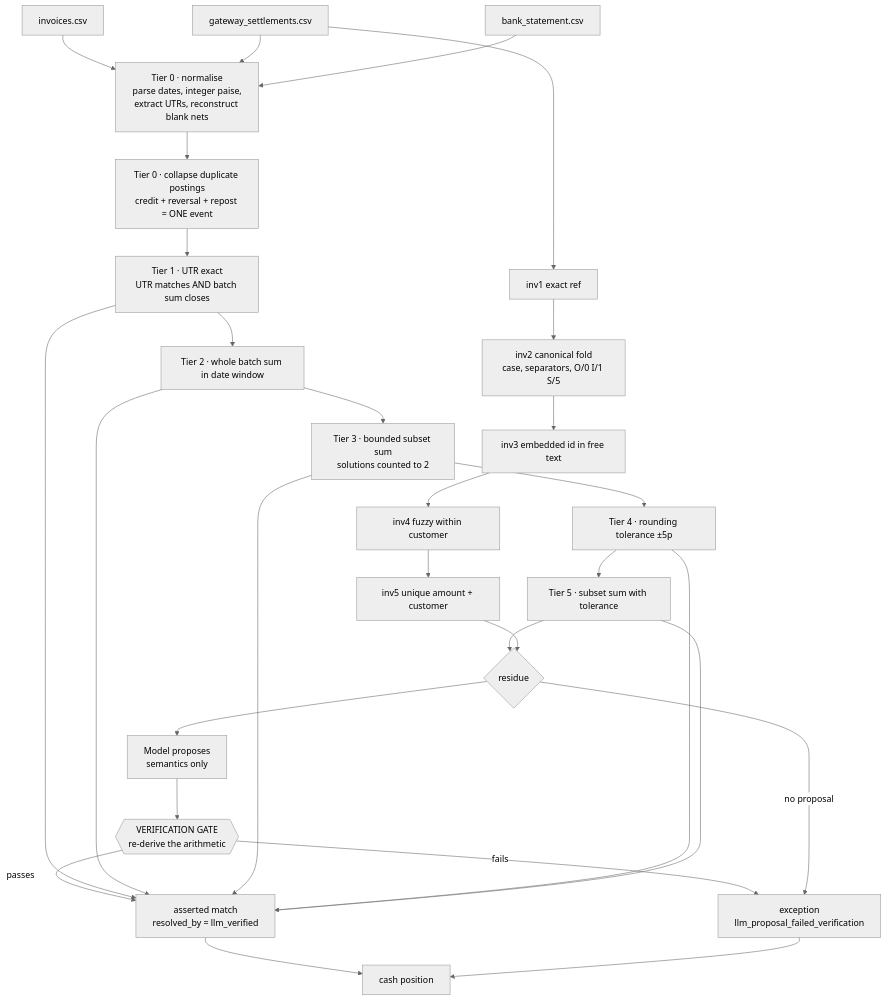
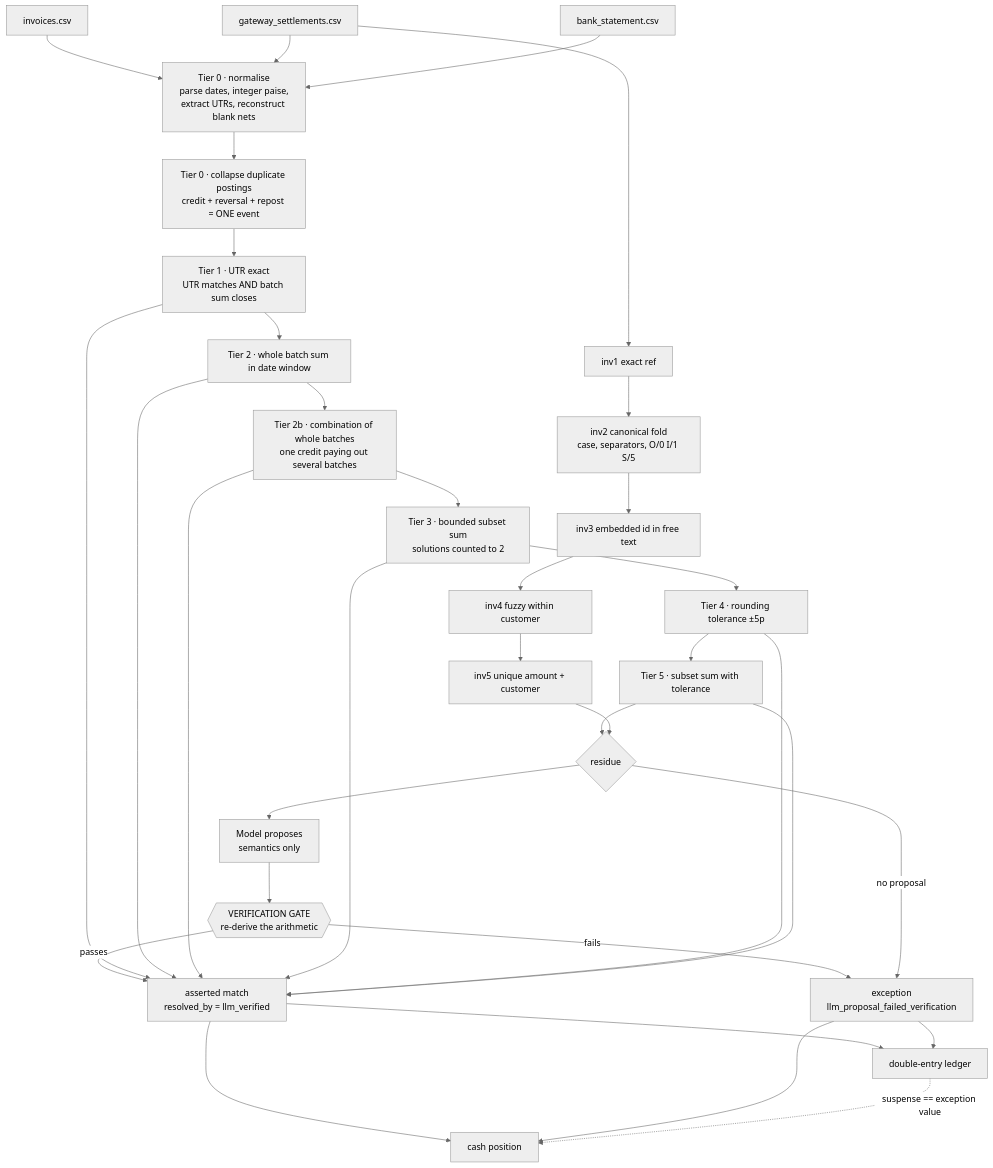
The diagram in docs/ARCHITECTURE.md (SakashSrivastava/AI_Finance_Controller), drawn with Mermaid (neutral theme) before and after one commit. The commit also changed other lines of this file and 7 other files, not shown here.

First line of the commit message:
docs: LICENSE, architecture brought current, ledger in the HTML report

````diff
--- a/docs/ARCHITECTURE.md
+++ b/docs/ARCHITECTURE.md
@@ -18,33 +18,37 @@
 ```mermaid
 flowchart TD
     A[invoices.csv] --> N
     B[gateway_settlements.csv] --> N
     C[bank_statement.csv] --> N
 
     N[Tier 0 · normalise<br/>parse dates, integer paise,<br/>extract UTRs, reconstruct blank nets] --> D
 
     D[Tier 0 · collapse duplicate postings<br/>credit + reversal + repost = ONE event] --> T1
 
     T1[Tier 1 · UTR exact<br/>UTR matches AND batch sum closes] --> T2
-    T2[Tier 2 · whole batch sum in date window] --> T3
+    T2[Tier 2 · whole batch sum in date window] --> T2B
+    T2B[Tier 2b · combination of whole batches<br/>one credit paying out several batches] --> T3
     T3[Tier 3 · bounded subset sum<br/>solutions counted to 2] --> T4
     T4[Tier 4 · rounding tolerance ±5p] --> T5
     T5[Tier 5 · subset sum with tolerance] --> R
 
     B --> I1
     I1[inv1 exact ref] --> I2
     I2[inv2 canonical fold<br/>case, separators, O/0 I/1 S/5] --> I3
     I3[inv3 embedded id in free text] --> I4
     I4[inv4 fuzzy within customer] --> I5
     I5[inv5 unique amount + customer] --> R
 
     R{residue} --> LLM[Model proposes<br/>semantics only]
     LLM --> G{{VERIFICATION GATE<br/>re-derive the arithmetic}}
     G -->|passes| M[asserted match<br/>resolved_by = llm_verified]
     G -->|fails| X[exception<br/>llm_proposal_failed_verification]
     R -->|no proposal| X
 
-    T1 & T2 & T3 & T4 & T5 --> M
+    T1 & T2 & T2B & T3 & T4 & T5 --> M
     M --> CP[cash position]
     X --> CP
+    M --> LG[double-entry ledger]
+    X --> LG
+    LG -.->|suspense == exception value| CP
 ```
````
